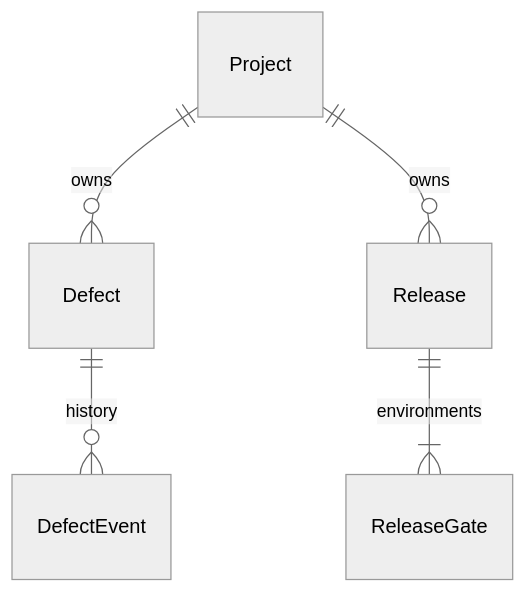
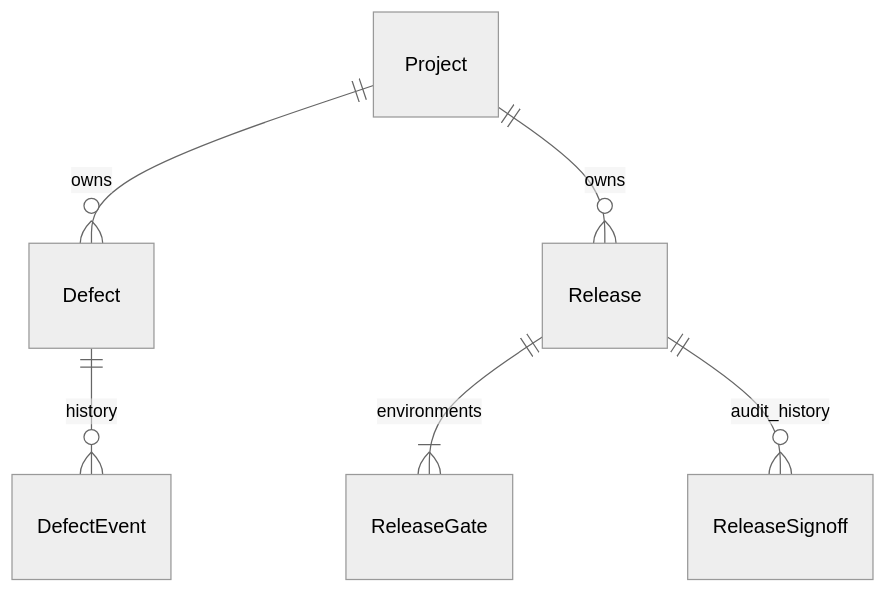
The first of 4 diagrams in docs/ER.md (tulasiram2005/driftgate), drawn with Mermaid (neutral theme) before and after one commit. The commit also changed other lines of this file and 15 other files, not shown here.

````diff
--- a/docs/ER.md
+++ b/docs/ER.md
@@ -5,7 +5,8 @@
 ```mermaid
 erDiagram
   Project ||--o{ Defect : owns
   Defect ||--o{ DefectEvent : history
   Project ||--o{ Release : owns
   Release ||--|{ ReleaseGate : environments
+  Release ||--o{ ReleaseSignoff : audit_history
 ```
````
